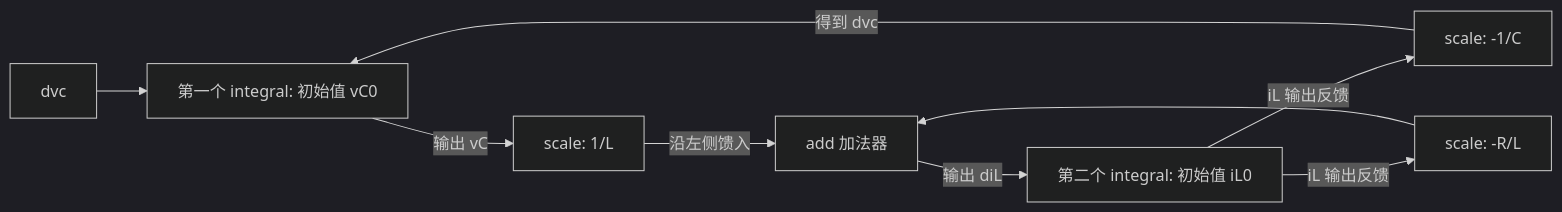
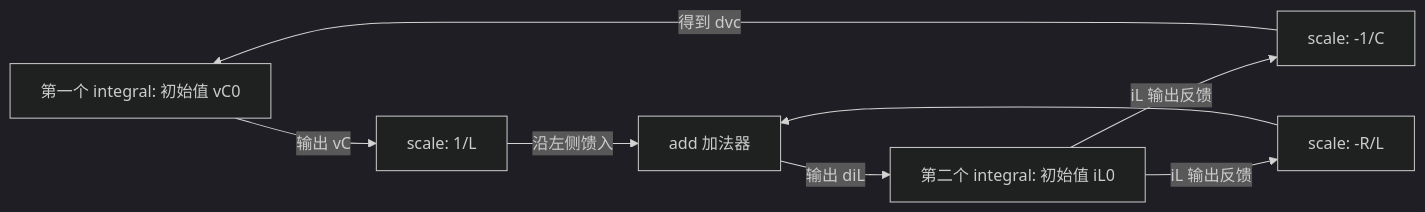
Diagram 35 of 36 in books/structure-and-interpretation-of-computer-programs/03-第3章-模块化对象和状态.md (xiehanff/trans-books-city), drawn with Mermaid (dark theme) before and after one commit. The commit also changed other lines of this file and 80 other files, not shown here.

````diff
--- a/books/structure-and-interpretation-of-computer-programs/03-第3章-模块化对象和状态.md
+++ b/books/structure-and-interpretation-of-computer-programs/03-第3章-模块化对象和状态.md
@@ -4214,11 +4224,11 @@
 ```mermaid
 flowchart LR
-    DVC["dvc"] --> I1["第一个 integral: 初始值 vC0"]
+    I1["第一个 integral: 初始值 vC0"]
     I1 -->|"输出 vC"| SL["scale: 1/L"]
     SL -->|"沿左侧馈入"| ADD["add 加法器"]
     I2["第二个 integral: 初始值 iL0"] -->|"iL 输出反馈"| SM1["scale: -1/C"]
     I2 -->|"iL 输出反馈"| SM2["scale: -R/L"]
     SM1 -->|"得到 dvc"| I1
     SM2 --> ADD
     ADD -->|"输出 diL"| I2
 ```
````
